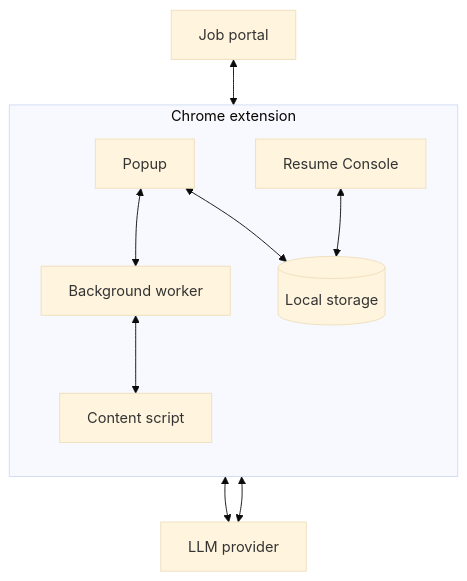
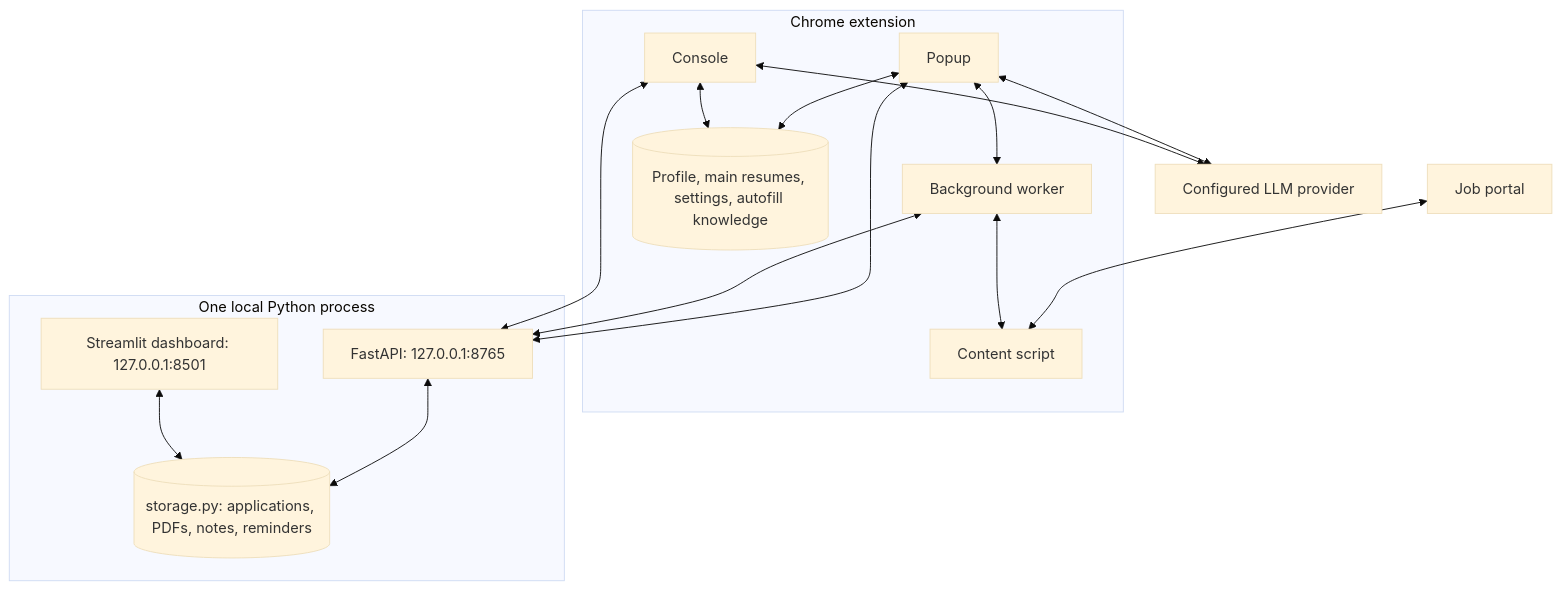
Before and after one commit to YuexinJ778/AutoApply: the diagram in README.md, drawn with Mermaid (base theme). The commit also changed other lines of this file and 16 other files, not shown here.

````diff
--- a/README.md
+++ b/README.md
@@ -35,13 +33,19 @@
 ```mermaid
 flowchart TB
   Portal[Job portal] <--> Content
   subgraph Extension[Chrome extension]
-    direction TB
     Popup[Popup] <--> Background[Background worker]
     Background <--> Content[Content script]
-    Popup <--> Local[(Local storage)]
-    Console[Resume Console] <--> Local
+    Popup <--> Local[(Profile, main resumes, settings, autofill knowledge)]
+    Console[Console] <--> Local
   end
-  Popup <--> Provider[LLM provider]
+  subgraph Server[One local Python process]
+    API[FastAPI: 127.0.0.1:8765] <--> Storage[(storage.py: applications, PDFs, notes, reminders)]
+    Dashboard[Streamlit dashboard: 127.0.0.1:8501] <--> Storage
+  end
+  Popup <--> API
+  Background <--> API
+  Console <--> API
+  Popup <--> Provider[Configured LLM provider]
   Console <--> Provider
 ```
````
